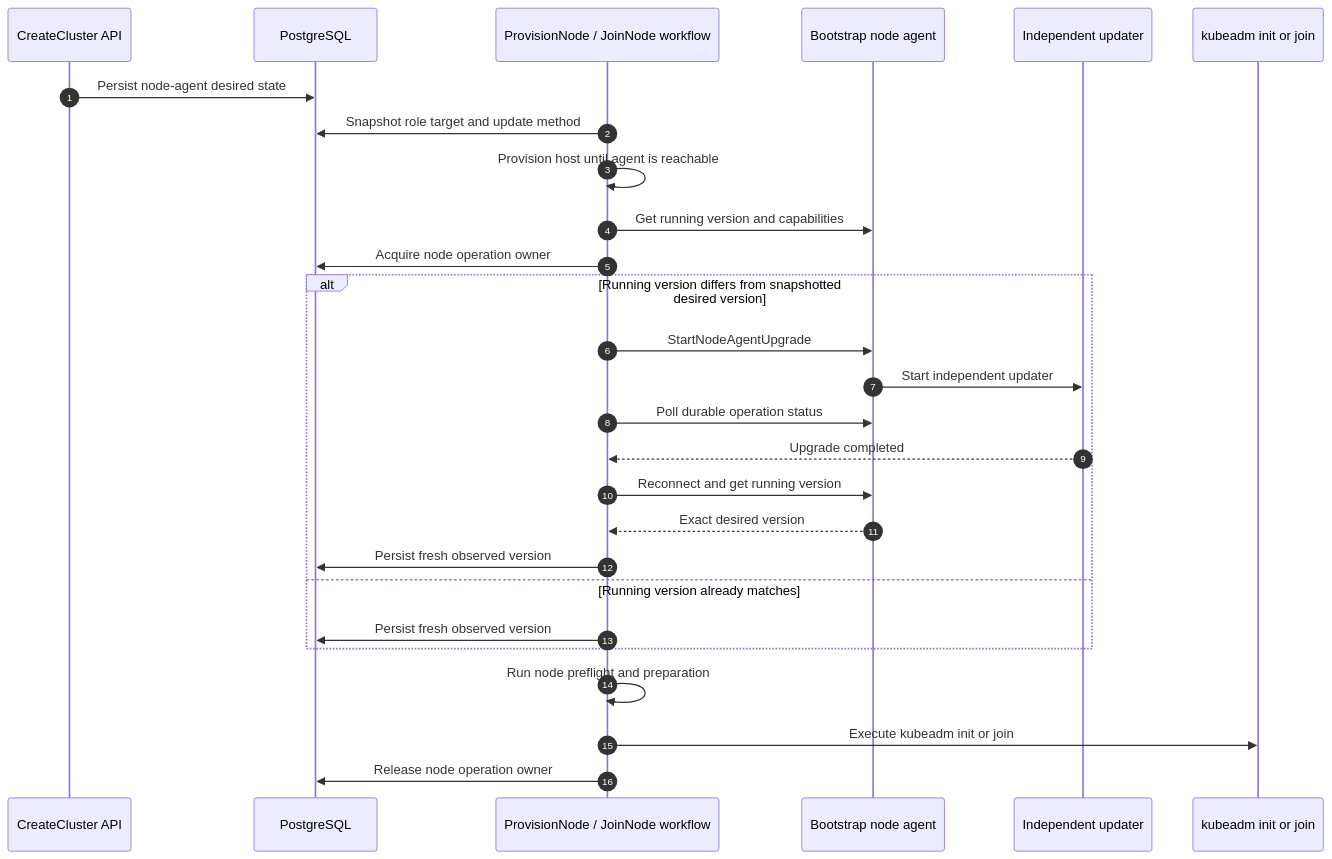
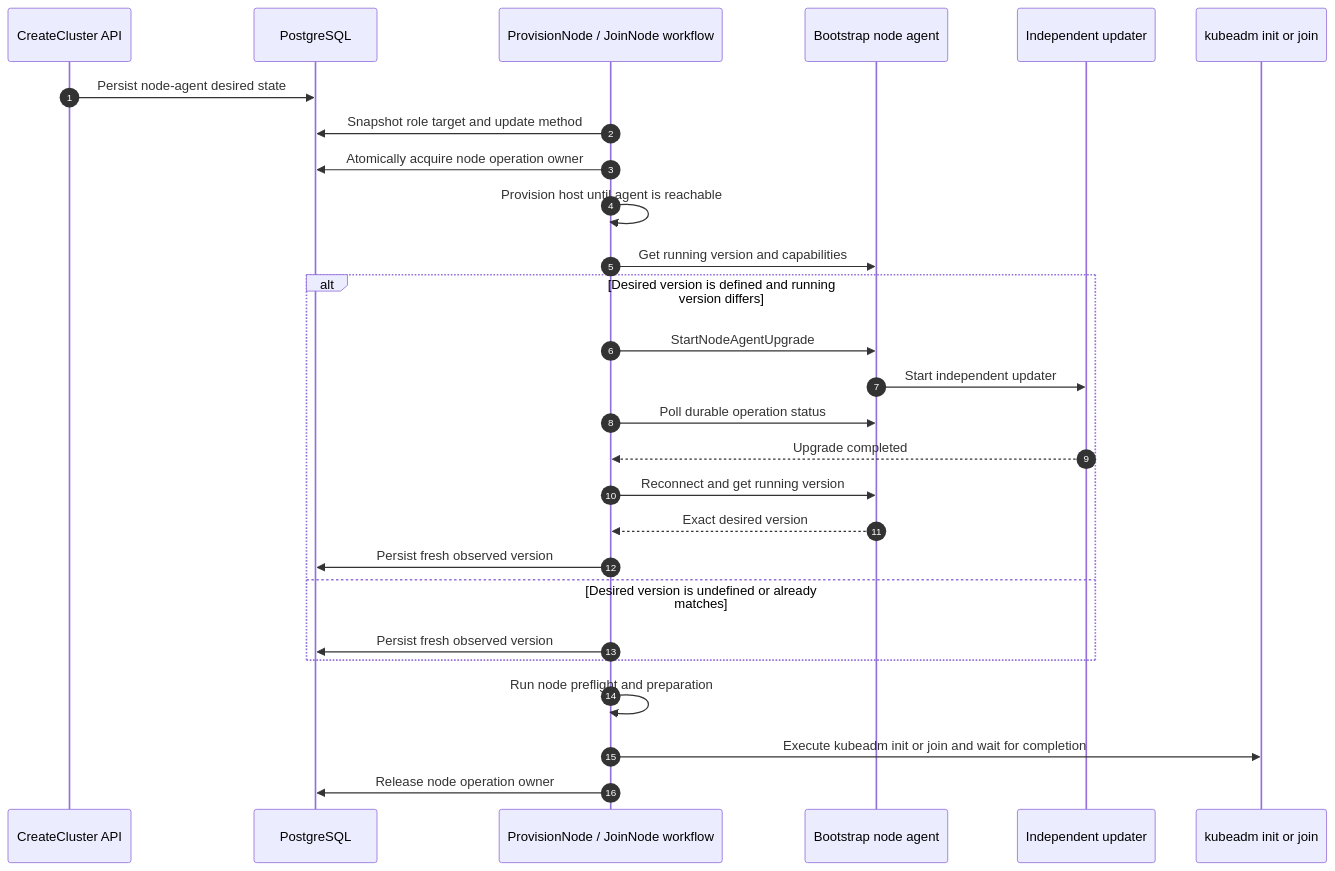
The first of 2 diagrams in agent/docs/in-place-update/controller-driven-desired-state-design.md (dsx-ai-factory/nvke), drawn with Mermaid before and after one commit. The commit also changed other lines of this file, not shown here.

Commit message:
docs(agent): clarify convergence and node ownership

````diff
--- a/agent/docs/in-place-update/controller-driven-desired-state-design.md
+++ b/agent/docs/in-place-update/controller-driven-desired-state-design.md
@@ -156,32 +148,32 @@
 ```mermaid
 sequenceDiagram
     autonumber
     participant API as CreateCluster API
     participant DB as PostgreSQL
     participant Lifecycle as ProvisionNode / JoinNode workflow
     participant Agent as Bootstrap node agent
     participant Updater as Independent updater
     participant Kubeadm as kubeadm init or join
 
     API->>DB: Persist node-agent desired state
     Lifecycle->>DB: Snapshot role target and update method
+    Lifecycle->>DB: Atomically acquire node operation owner
     Lifecycle->>Lifecycle: Provision host until agent is reachable
     Lifecycle->>Agent: Get running version and capabilities
-    Lifecycle->>DB: Acquire node operation owner
 
-    alt Running version differs from snapshotted desired version
+    alt Desired version is defined and running version differs
         Lifecycle->>Agent: StartNodeAgentUpgrade
         Agent->>Updater: Start independent updater
         Lifecycle->>Agent: Poll durable operation status
         Updater-->>Lifecycle: Upgrade completed
         Lifecycle->>Agent: Reconnect and get running version
         Agent-->>Lifecycle: Exact desired version
         Lifecycle->>DB: Persist fresh observed version
-    else Running version already matches
+    else Desired version is undefined or already matches
         Lifecycle->>DB: Persist fresh observed version
     end
 
     Lifecycle->>Lifecycle: Run node preflight and preparation
-    Lifecycle->>Kubeadm: Execute kubeadm init or join
+    Lifecycle->>Kubeadm: Execute kubeadm init or join and wait for completion
     Lifecycle->>DB: Release node operation owner
 ```
````
